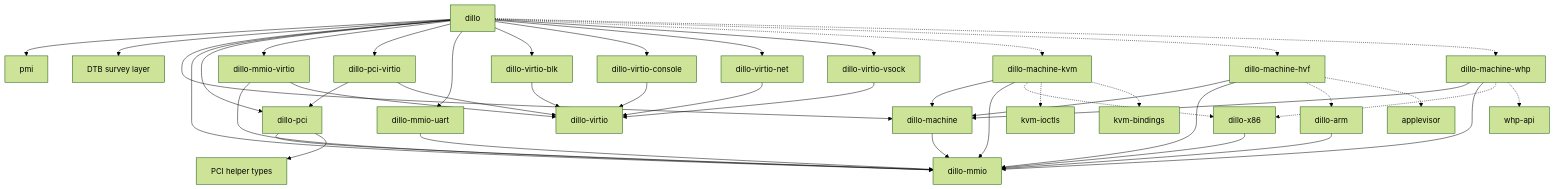
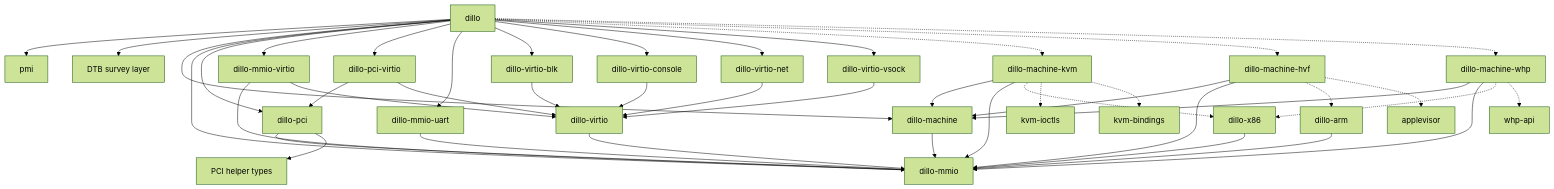
The diagram in DILLO-CRATE-SPLIT.md (pichi-vm/pichi), drawn with Mermaid (forest theme) before and after one commit. The commit also changed 10 other files, not shown here.

````diff
--- a/DILLO-CRATE-SPLIT.md
+++ b/DILLO-CRATE-SPLIT.md
@@ -61,59 +61,61 @@
 ```mermaid
 flowchart TD
     dtb_survey["DTB survey layer"]
     pci_types["PCI helper types"]
 
     dillo-machine --> dillo-mmio
 
     dillo-pci --> dillo-mmio
     dillo-pci --> pci_types
 
     dillo-mmio-virtio --> dillo-mmio
     dillo-mmio-virtio --> dillo-virtio
 
     dillo-pci-virtio --> dillo-pci
     dillo-pci-virtio --> dillo-virtio
+
+    dillo-virtio --> dillo-mmio
 
     dillo-mmio-uart --> dillo-mmio
 
     dillo-virtio-blk --> dillo-virtio
     dillo-virtio-console --> dillo-virtio
     dillo-virtio-net --> dillo-virtio
     dillo-virtio-vsock --> dillo-virtio
 
     dillo-x86 --> dillo-mmio
     dillo-arm --> dillo-mmio
 
     dillo-machine-kvm --> dillo-machine
     dillo-machine-kvm --> dillo-mmio
     dillo-machine-kvm -.-> dillo-x86
     dillo-machine-kvm -.-> kvm-ioctls
     dillo-machine-kvm -.-> kvm-bindings
 
     dillo-machine-hvf --> dillo-machine
     dillo-machine-hvf --> dillo-mmio
     dillo-machine-hvf -.-> dillo-arm
     dillo-machine-hvf -.-> applevisor
 
     dillo-machine-whp --> dillo-machine
     dillo-machine-whp --> dillo-mmio
     dillo-machine-whp -.-> dillo-x86
     dillo-machine-whp -.-> whp-api
 
     dillo --> pmi
     dillo --> dtb_survey
     dillo --> dillo-machine
     dillo --> dillo-mmio
     dillo --> dillo-pci
     dillo --> dillo-mmio-virtio
     dillo --> dillo-pci-virtio
     dillo --> dillo-mmio-uart
     dillo --> dillo-virtio-blk
     dillo --> dillo-virtio-console
     dillo --> dillo-virtio-net
     dillo --> dillo-virtio-vsock
 
     dillo -.-> dillo-machine-kvm
     dillo -.-> dillo-machine-hvf
     dillo -.-> dillo-machine-whp
 ```
````
